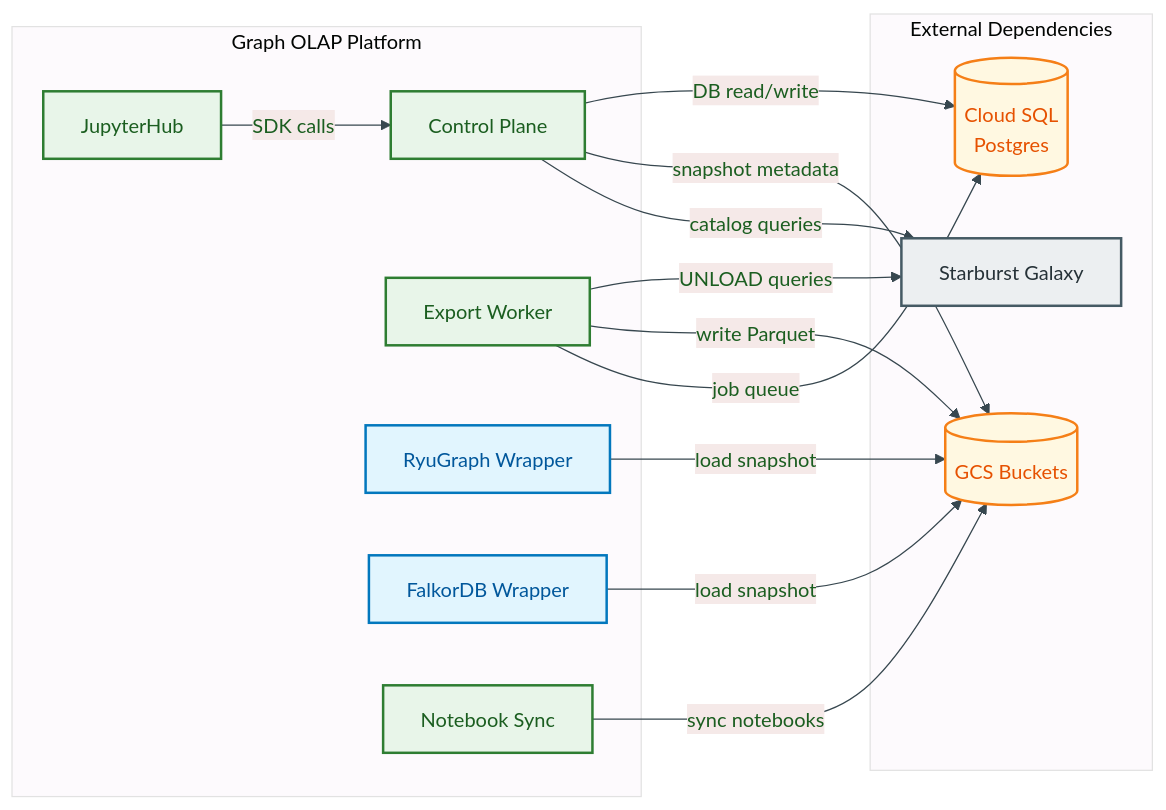
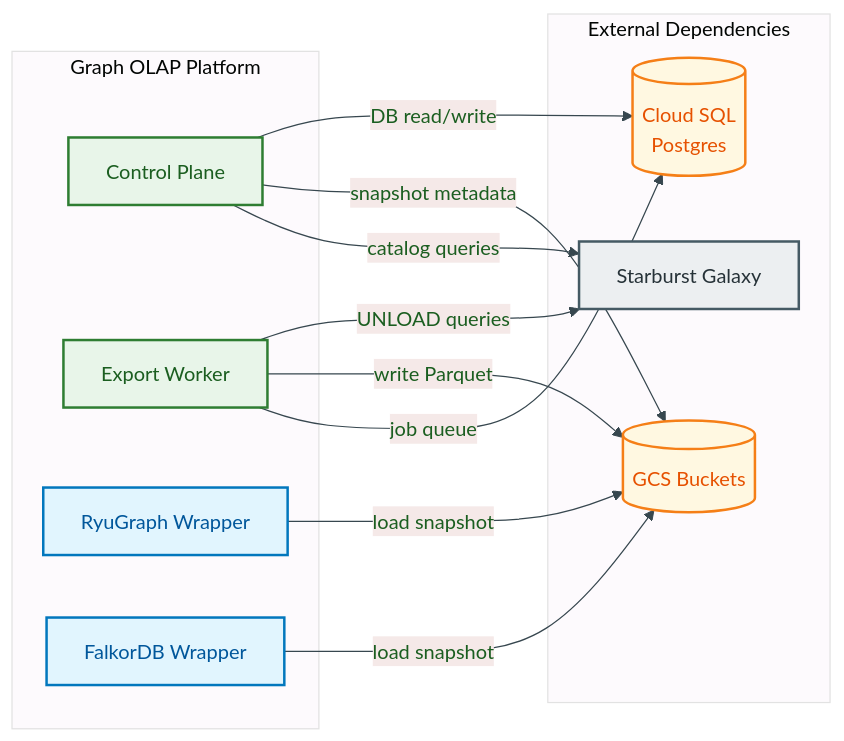
Before and after one commit to b4uharsha/newgraph: the first of 5 diagrams in documentation/src/content/docs/operations/troubleshooting-runbook.md, drawn with Mermaid. The commit also changed other lines of this file and 88 other files, not shown here.

````diff
--- a/documentation/src/content/docs/operations/troubleshooting-runbook.md
+++ b/documentation/src/content/docs/operations/troubleshooting-runbook.md
@@ -61,41 +58,35 @@
 ```mermaid
 %%{init: {"theme": "base", "themeVariables": {"primaryColor": "#E8F5E9", "primaryTextColor": "#1B5E20", "primaryBorderColor": "#2E7D32", "lineColor": "#37474F"}}}%%
 flowchart LR
     accTitle: Service Dependency Map
     accDescr: Shows which platform services depend on which external systems to help operators assess blast radius during incidents
 
     classDef service fill:#E8F5E9,stroke:#2E7D32,stroke-width:2px,color:#1B5E20
     classDef external fill:#ECEFF1,stroke:#455A64,stroke-width:2px,color:#263238
     classDef data fill:#FFF8E1,stroke:#F57F17,stroke-width:2px,color:#E65100
     classDef dynamic fill:#E1F5FE,stroke:#0277BD,stroke-width:2px,color:#01579B
 
     subgraph External["External Dependencies"]
         SQL[(Cloud SQL<br/>Postgres)]:::data
         GCS[(GCS Buckets)]:::data
         SBG[Starburst Galaxy]:::external
     end
 
     subgraph Platform["Graph OLAP Platform"]
         CP[Control Plane]:::service
         EW[Export Worker]:::service
         RW[RyuGraph Wrapper]:::dynamic
         FW[FalkorDB Wrapper]:::dynamic
-        JH[JupyterHub]:::service
-        NS[Notebook Sync]:::service
     end
 
     CP -- "DB read/write" --> SQL
     CP -- "snapshot metadata" --> GCS
     CP -- "catalog queries" --> SBG
 
     EW -- "UNLOAD queries" --> SBG
     EW -- "write Parquet" --> GCS
     EW -- "job queue" --> SQL
 
     RW -- "load snapshot" --> GCS
     FW -- "load snapshot" --> GCS
-
-    JH -- "SDK calls" --> CP
-
-    NS -- "sync notebooks" --> GCS
 ```
````
